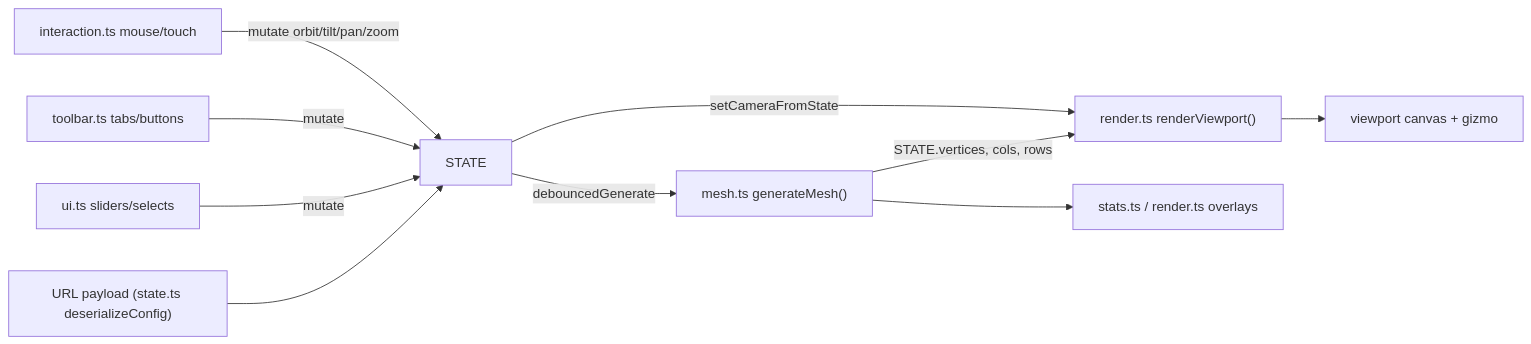
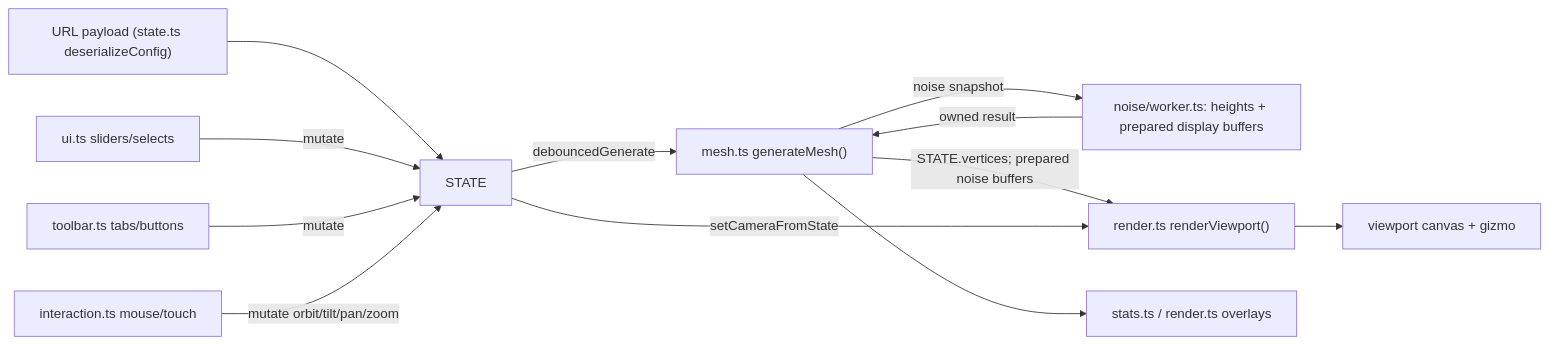
Before and after one commit to nsaw/mesh-maker: the diagram in CONTEXT/greptile/docs/ui-and-state.md, drawn with Mermaid. The commit also changed other lines of this file and 17 other files, not shown here.

Commit message:
perf: prepare full-density render buffers in the worker

````diff
--- a/CONTEXT/greptile/docs/ui-and-state.md
+++ b/CONTEXT/greptile/docs/ui-and-state.md
@@ -11,12 +11,14 @@
 ```mermaid
 flowchart LR
   URL["URL payload (state.ts deserializeConfig)"] --> STATE
   Sidebar["ui.ts sliders/selects"] -->|mutate| STATE
   Toolbar["toolbar.ts tabs/buttons"] -->|mutate| STATE
   Interaction["interaction.ts mouse/touch"] -->|mutate orbit/tilt/pan/zoom| STATE
   STATE -->|debouncedGenerate| Mesh["mesh.ts generateMesh()"]
-  Mesh -->|STATE.vertices, cols, rows| Render["render.ts renderViewport()"]
+  Mesh -->|noise snapshot| Worker["noise/worker.ts: heights + prepared display buffers"]
+  Worker -->|owned result| Mesh
+  Mesh -->|STATE.vertices; prepared noise buffers| Render["render.ts renderViewport()"]
   STATE -->|setCameraFromState| Render
   Render --> Canvas["viewport canvas + gizmo"]
   Mesh --> Stats["stats.ts / render.ts overlays"]
 ```
````
